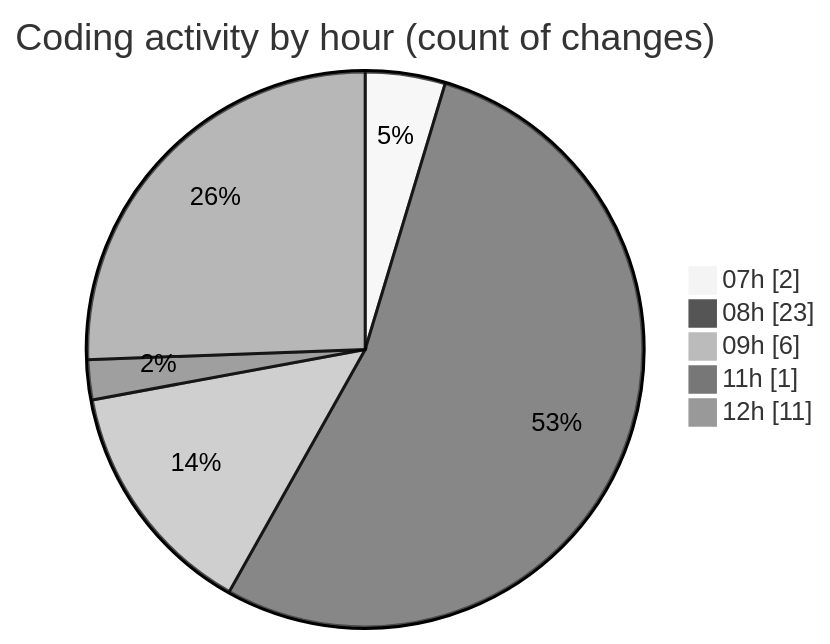
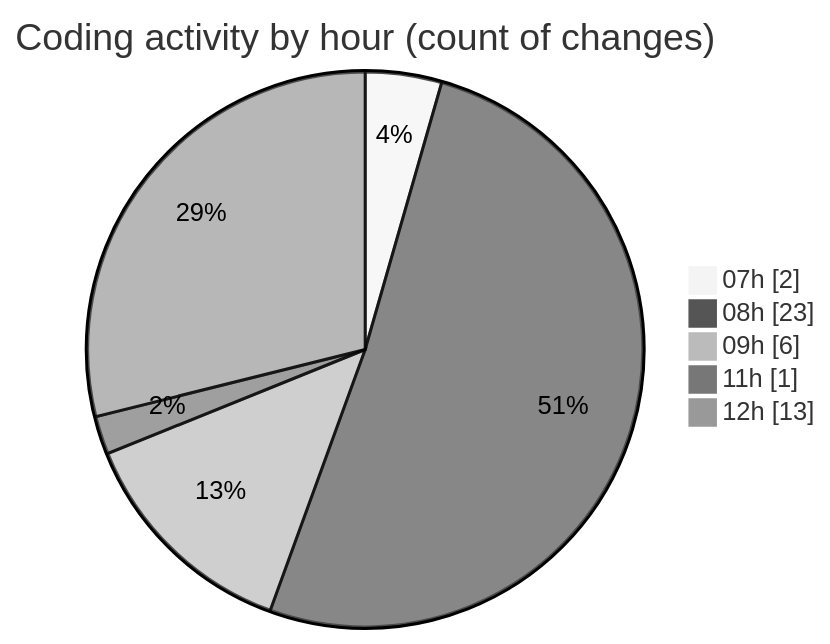
Before and after one commit to LanceThiago/code-tracking: the second of 2 diagrams in 2025-01-09/nueva_carpeta/README.md, drawn with Mermaid (neutral theme). The commit also changed other lines of this file and 1 other file, not shown here.

````diff
--- a/2025-01-09/nueva_carpeta/README.md
+++ b/2025-01-09/nueva_carpeta/README.md
@@ -28,9 +28,9 @@
 ```mermaid
 pie showData
 title Coding activity by hour (count of changes)
 "07h" : 2
 "08h" : 23
 "09h" : 6
 "11h" : 1
-"12h" : 11
+"12h" : 13
 ```
````
